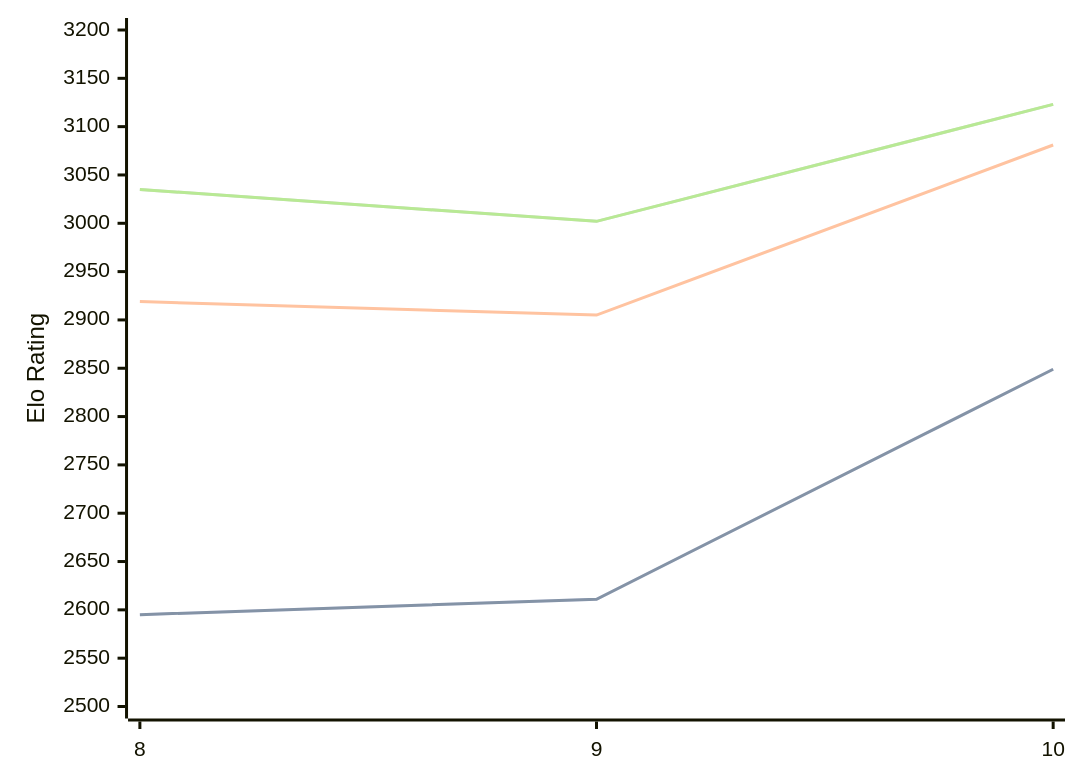
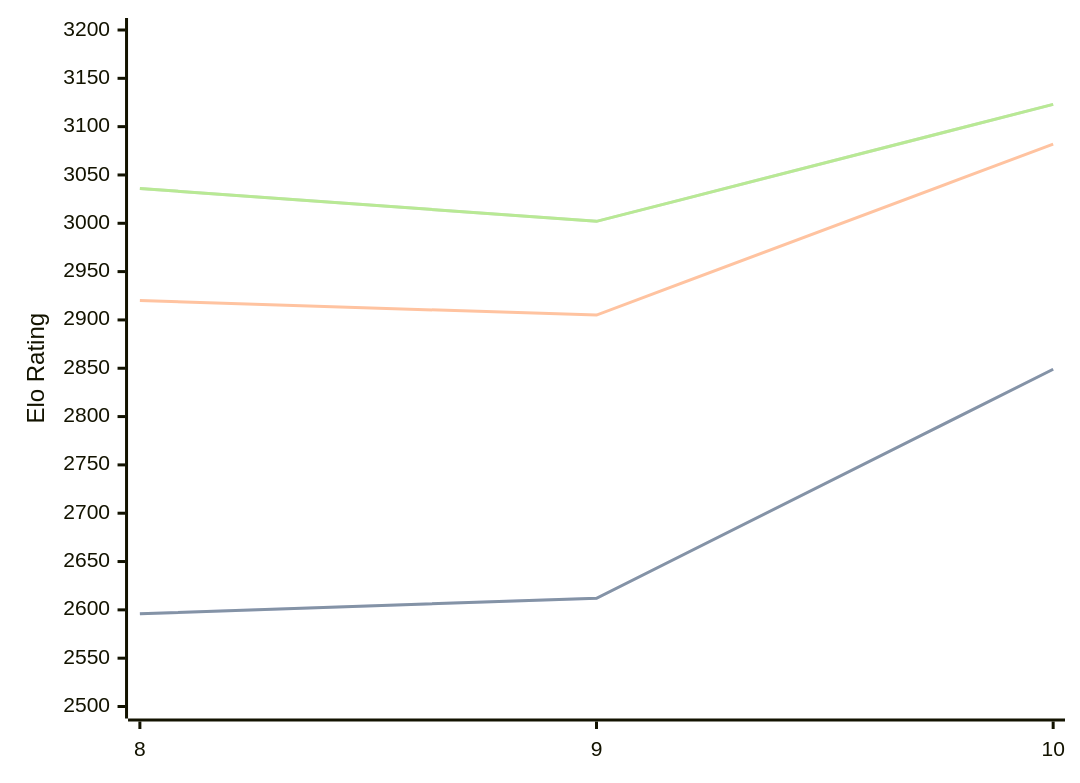
The diagram in engines/Lozza.md (computer-chess-index/cci), drawn with Mermaid before and after one commit. The commit also changed other lines of this file, not shown here.

Commit message:
Update CCI Ratings (ELO VLTC) - 2026-09-14

````diff
--- a/engines/Lozza.md
+++ b/engines/Lozza.md
@@ -33,11 +33,11 @@
 ```mermaid
 %%{init: {"theme":"base","themeVariables":{"seriesColors:['#a3a3a3','#222221','#faa371']}}}%%
 xychart-beta
   x-axis ["8", "9", "10"]
   y-axis "Elo Rating" 2500 --> 3200
-  line "" [2595, 2611, 2849]
-  line "STC (8.0+0.08s)" [2595, 2611, 2849]
-  line "LTC (60.0+0.60s)" [2919, 2905, 3081]
-  line "" [3035, 3002, 3123]
-  line "VLTC (2m24s+1.12s)" [3035, 3002, 3123]
+  line "" [2596, 2612, 2849]
+  line "STC (8.0+0.08s)" [2596, 2612, 2849]
+  line "LTC (60.0+0.60s)" [2920, 2905, 3082]
+  line "" [3036, 3002, 3123]
+  line "VLTC (2m24s+1.12s)" [3036, 3002, 3123]
 ```
````
